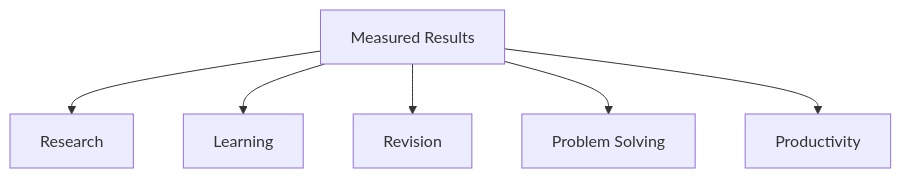
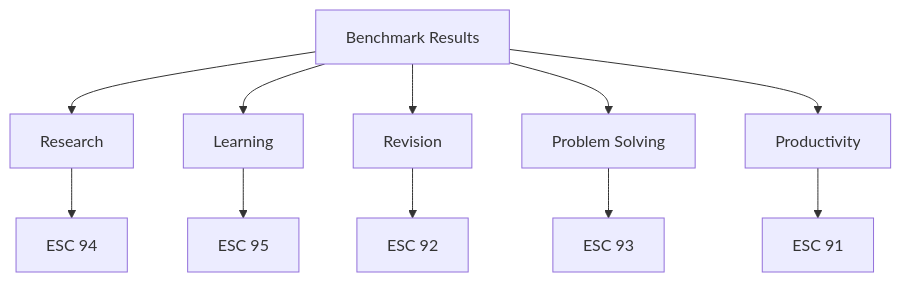
Diagram 18 of 25 in README.md (mahik2007/hackathon), drawn with Mermaid before and after one commit. The commit also changed other lines of this file, not shown here.

First line of the commit message:
Revise README with actual benchmark scores and comparisons

````diff
--- a/README.md
+++ b/README.md
@@ -352,9 +346,15 @@
 ```mermaid
 flowchart TB
-    D[Measured Results]
+    D[Benchmark Results]
     D --> R[Research]
     D --> L[Learning]
     D --> V[Revision]
     D --> P[Problem Solving]
     D --> W[Productivity]
+
+    R --> E1[ESC 94]
+    L --> E2[ESC 95]
+    V --> E3[ESC 92]
+    P --> E4[ESC 93]
+    W --> E5[ESC 91]
 ```
````
